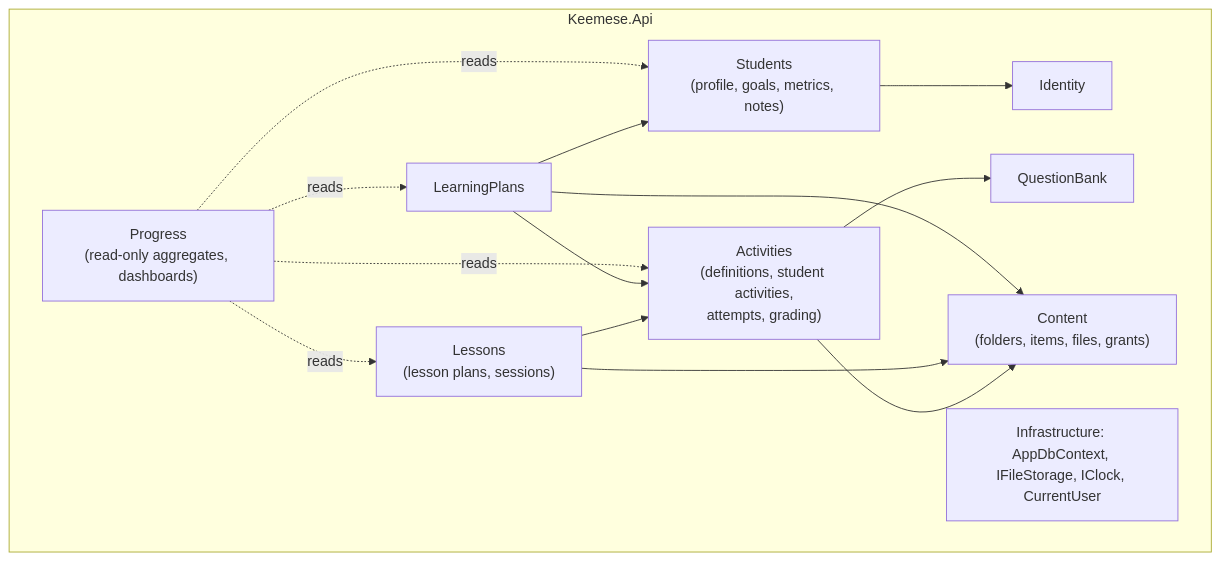
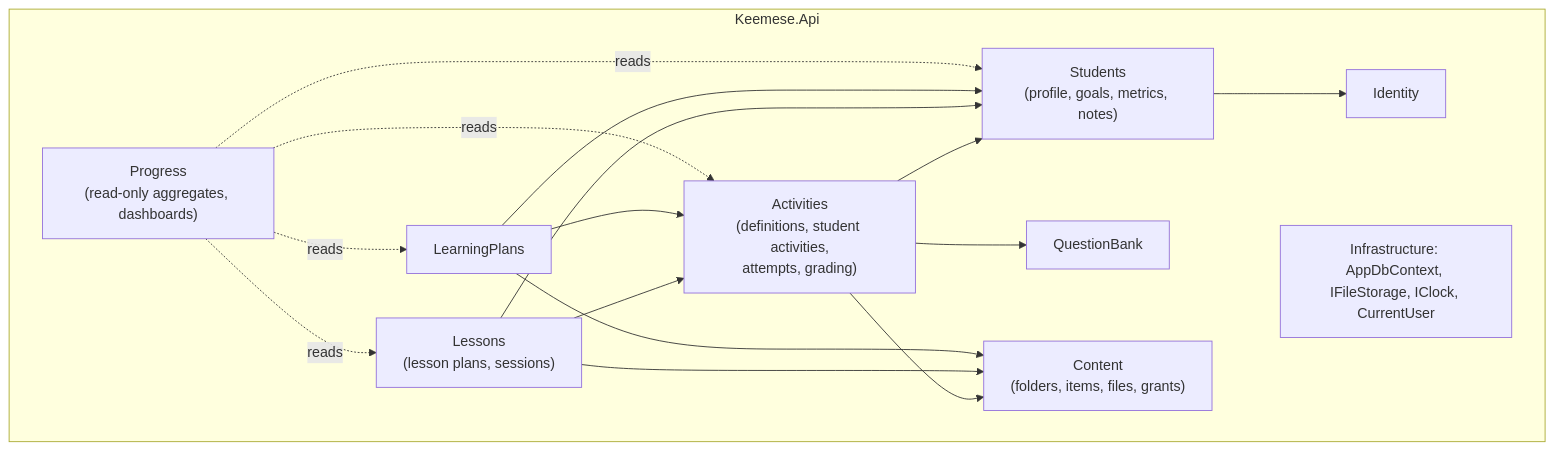
One commit to duochou042004/keemese-english changed the second of 2 diagrams in docs/architecture/overview.md. Above: the diagram before and after it, drawn with Mermaid. The commit also changed other lines of this file and 19 other files, not shown here.

````diff
--- a/docs/architecture/overview.md
+++ b/docs/architecture/overview.md
@@ -35,23 +35,25 @@
 ```mermaid
 flowchart TB
   subgraph Api[Keemese.Api]
     Identity
     Students["Students<br/>(profile, goals, metrics, notes)"]
     Content["Content<br/>(folders, items, files, grants)"]
     QuestionBank
     Activities["Activities<br/>(definitions, student activities,<br/>attempts, grading)"]
     Lessons["Lessons<br/>(lesson plans, sessions)"]
     LearningPlans
     Progress["Progress<br/>(read-only aggregates, dashboards)"]
     Infra[Infrastructure: AppDbContext, IFileStorage, IClock, CurrentUser]
   end
   Students --> Identity
+  Activities --> Students
+  Lessons --> Students
   Activities --> QuestionBank
   Activities --> Content
   Lessons --> Content
   Lessons --> Activities
   LearningPlans --> Content
   LearningPlans --> Activities
   LearningPlans --> Students
   Progress -.reads.-> Students & Activities & Lessons & LearningPlans
 ```
````
